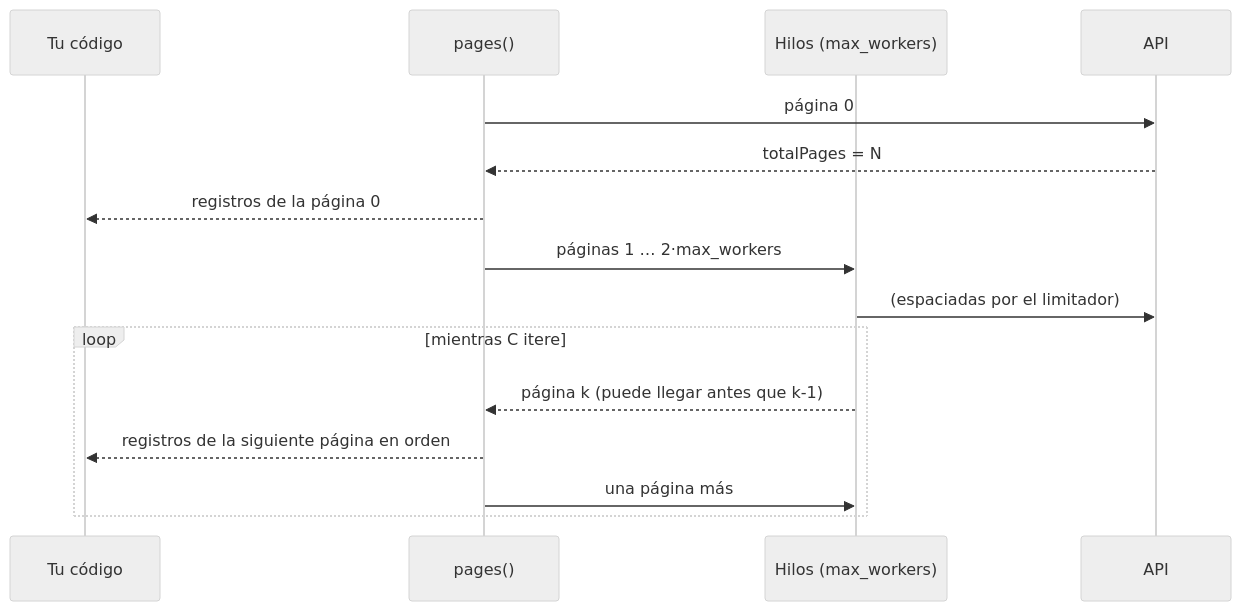
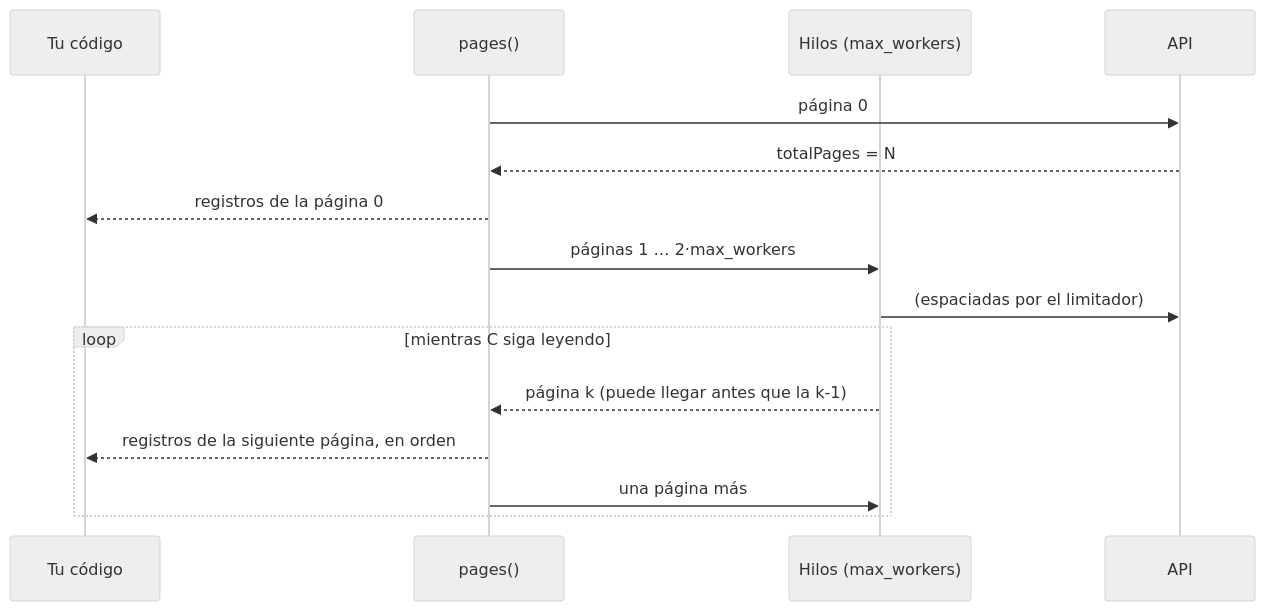
Before and after one commit to cruzlorite/bdns-fetch: the diagram in docs/explanation/policies.md, drawn with Mermaid (neutral theme). The commit also changed other lines of this file and 30 other files, not shown here.

````diff
--- a/docs/explanation/policies.md
+++ b/docs/explanation/policies.md
@@ -17,17 +19,17 @@
 ```mermaid
 sequenceDiagram
     participant C as Tu código
     participant P as pages()
     participant W as Hilos (max_workers)
     participant A as API
     P->>A: página 0
     A-->>P: totalPages = N
     P-->>C: registros de la página 0
     P->>W: páginas 1 … 2·max_workers
     W->>A: (espaciadas por el limitador)
-    loop mientras C itere
-        W-->>P: página k (puede llegar antes que k-1)
-        P-->>C: registros de la siguiente página en orden
+    loop mientras C siga leyendo
+        W-->>P: página k (puede llegar antes que la k-1)
+        P-->>C: registros de la siguiente página, en orden
         P->>W: una página más
     end
 ```
````
